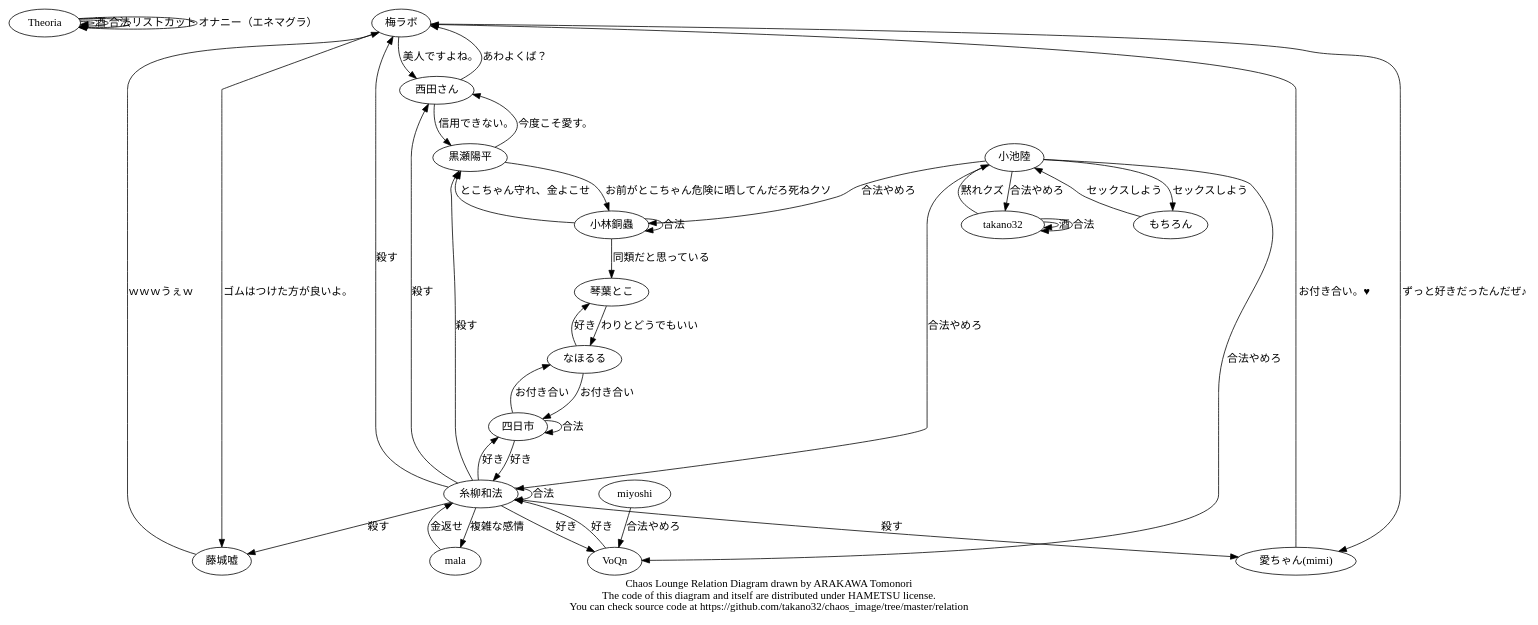
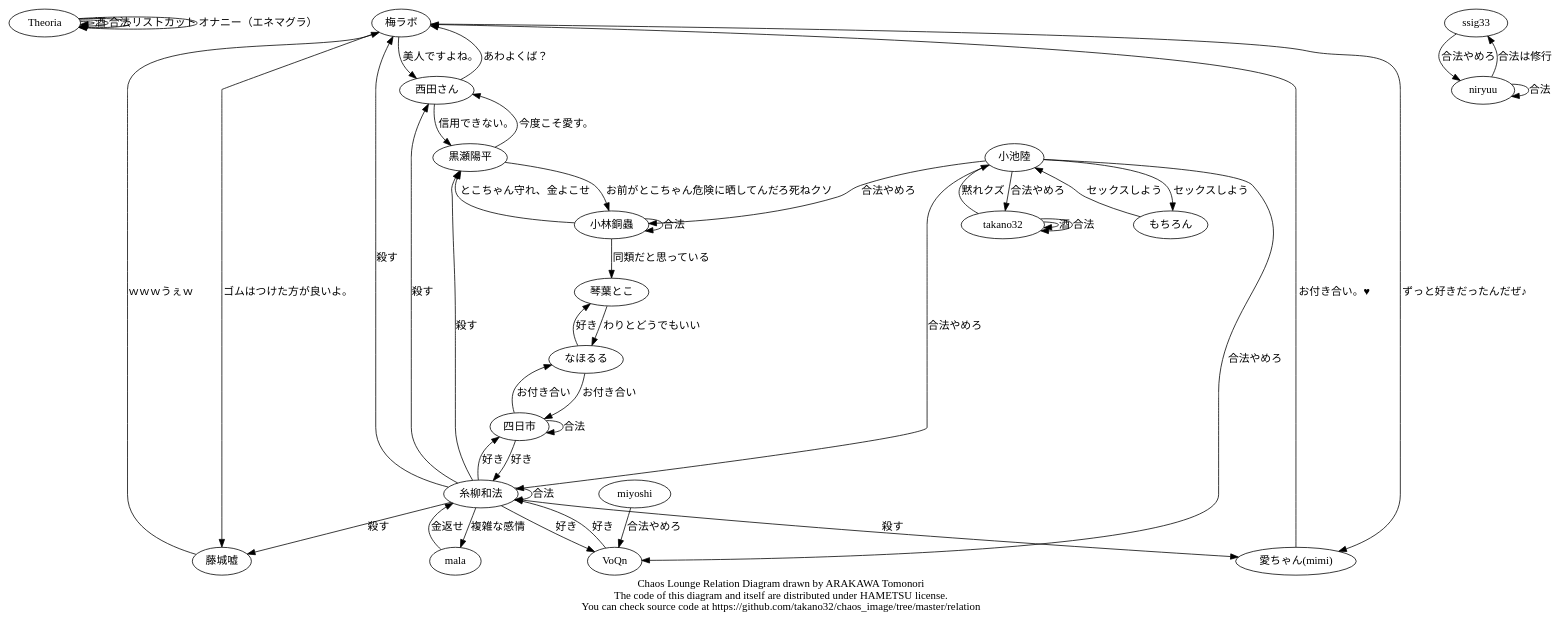
One commit to takano32/DynamicRelationGraph changed the diagram in chaos.dot. Above: the diagram before and after it, drawn with Graphviz.

Commit message:
added niryuu

```diff
--- a/chaos.dot
+++ b/chaos.dot
@@ -1,51 +1,54 @@
 digraph Chaos {
   Theoria   -> Theoria  [label = "酒"];
   Theoria   -> Theoria  [label = "合法"];
   Theoria   -> Theoria  [label = "リストカット"];
   Theoria   -> Theoria  [label = "オナニー（エネマグラ）"];
   梅ラボ    -> 藤城嘘   [label = "ゴムはつけた方が良いよ。"];
   梅ラボ    -> 西田さん [label = "美人ですよね。"];
   梅ラボ -> "愛ちゃん(mimi)" [label = "ずっと好きだったんだぜ♪"];
   藤城嘘   -> 梅ラボ   [label = "ｗｗｗうぇｗ"];
   西田さん -> 梅ラボ   [label = "あわよくば？"];
   西田さん -> 黒瀬陽平 [label = "信用できない。"];
   黒瀬陽平 -> 西田さん [label = "今度こそ愛す。"];
   黒瀬陽平 -> 小林銅蟲 [label = "お前がとこちゃん危険に晒してんだろ死ねクソ"];
   "愛ちゃん(mimi)" -> 梅ラボ [label = "お付き合い。♥"];
   糸柳和法 -> 梅ラボ  [label = "殺す"];
   糸柳和法 -> 藤城嘘   [label = "殺す"];
   糸柳和法 -> 黒瀬陽平 [label = "殺す"];
   糸柳和法 -> 西田さん [label = "殺す"];
   糸柳和法 -> "愛ちゃん(mimi)" [label = "殺す"];
   糸柳和法 -> 四日市 [label = "好き"];
   糸柳和法 -> VoQn [label = "好き"];
   糸柳和法 -> mala [label = "複雑な感情"];
   糸柳和法 -> 糸柳和法 [label = "合法"];
   mala -> 糸柳和法 [label = "金返せ"];
   小池陸 -> 糸柳和法 [label = "合法やめろ"];
   小池陸 -> takano32 [label = "合法やめろ"];
   小池陸 -> 小林銅蟲 [label = "合法やめろ"];
   小池陸 -> VoQn [label = "合法やめろ"];
   小池陸 -> もちろん [label = "セックスしよう"];
   もちろん -> 小池陸 [label = "セックスしよう"];
   miyoshi -> VoQn [label = "合法やめろ"];
   小林銅蟲 -> 黒瀬陽平 [label = "とこちゃん守れ、金よこせ"];
   小林銅蟲 -> 琴葉とこ [label = "同類だと思っている"];
   小林銅蟲 -> 小林銅蟲 [label = "合法"];
   takano32 -> 小池陸 [label = "黙れクズ"];
   takano32 -> takano32 [label = "酒"];
   takano32 -> takano32 [label = "合法"];
   なほるる -> 琴葉とこ [label = "好き"];
   なほるる -> 四日市 [label = "お付き合い"];
   琴葉とこ -> なほるる [label = "わりとどうでもいい"];
   四日市 -> なほるる [label = "お付き合い"];
   四日市 -> 糸柳和法 [label = "好き"];
   四日市 -> 四日市 [label = "合法"];
   VoQn -> 糸柳和法 [label = "好き"];
+  ssig33 -> niryuu [label = "合法やめろ"];
+  niryuu -> ssig33 [label = "合法は修行"];
+  niryuu -> niryuu [label = "合法"];
   subgraph cluster_hoge {
     style = filled;
     color = lightgrey;
     // see also http://graphviz.org/content/cluster
   }
   label = "Chaos Lounge Relation Diagram drawn by ARAKAWA Tomonori\nThe code of this diagram and itself are distributed under HAMETSU license.\nYou can check source code at https://github.com/takano32/chaos_image/tree/master/relation";
 }
```
